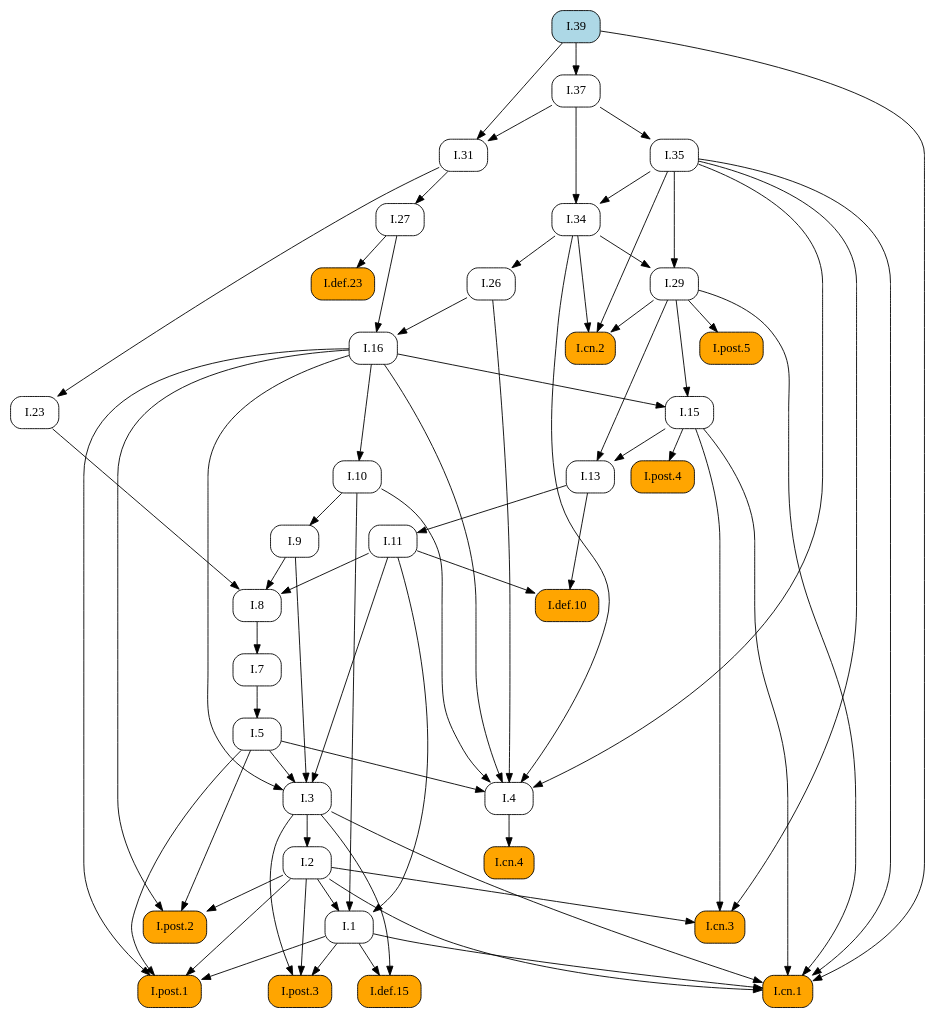
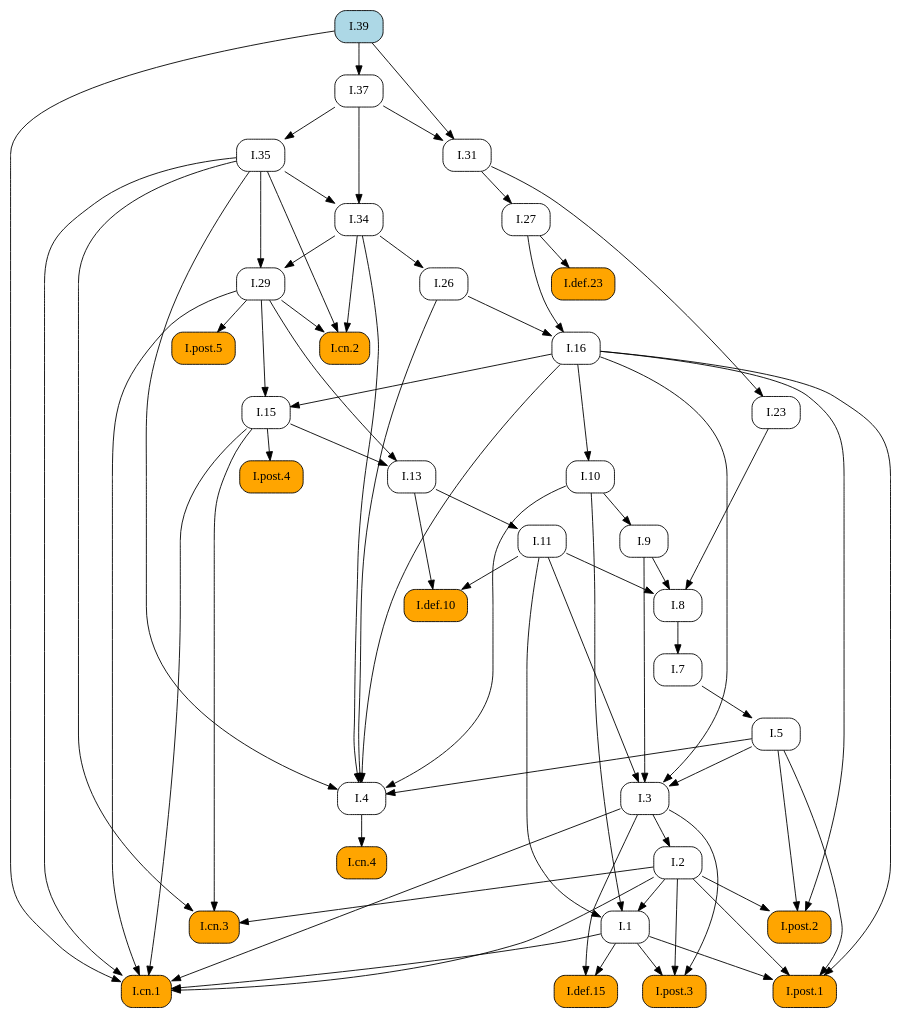
The diagram in docsrc/elements2/I/39/index.rst (geometor/elements), drawn with Graphviz before and after one commit. The commit also changed other lines of this file and 409 other files, not shown here.

First line of the commit message:
feat: Add image cropping and graphic extraction script

```diff
--- a/docsrc/elements2/I/39/index.rst
+++ b/docsrc/elements2/I/39/index.rst
@@ -66,77 +66,50 @@
    digraph {
      rankdir="TB";
      node [shape=box, style=rounded];
+     "I.37" [URL="/elements2/I/37/", target="_top"];
+     "I.31" [URL="/elements2/I/31/", target="_top"];
      "I.8" [URL="/elements2/I/8/", target="_top"];
+     "I.15" [URL="/elements2/I/15/", target="_top"];
+     "I.5" [URL="/elements2/I/5/", target="_top"];
+     "I.26" [URL="/elements2/I/26/", target="_top"];
+     "I.cn.1" [style="rounded,filled", fillcolor=orange, URL="/elements2/I/cn.1/", target="_top"];
+     "I.7" [URL="/elements2/I/7/", target="_top"];
+     "I.23" [URL="/elements2/I/23/", target="_top"];
+     "I.16" [URL="/elements2/I/16/", target="_top"];
+     "I.35" [URL="/elements2/I/35/", target="_top"];
+     "I.34" [URL="/elements2/I/34/", target="_top"];
+     "I.def.15" [style="rounded,filled", fillcolor=orange, URL="/elements2/I/def.15/", target="_top"];
+     "I.post.4" [style="rounded,filled", fillcolor=orange, URL="/elements2/I/post.4/", target="_top"];
+     "I.def.23" [style="rounded,filled", fillcolor=orange, URL="/elements2/I/def.23/", target="_top"];
+     "I.11" [URL="/elements2/I/11/", target="_top"];
+     "I.def.10" [style="rounded,filled", fillcolor=orange, URL="/elements2/I/def.10/", target="_top"];
+     "I.post.5" [style="rounded,filled", fillcolor=orange, URL="/elements2/I/post.5/", target="_top"];
+     "I.3" [URL="/elements2/I/3/", target="_top"];
+     "I.10" [URL="/elements2/I/10/", target="_top"];
+     "I.cn.3" [style="rounded,filled", fillcolor=orange, URL="/elements2/I/cn.3/", target="_top"];
+     "I.13" [URL="/elements2/I/13/", target="_top"];
+     "I.4" [URL="/elements2/I/4/", target="_top"];
+     "I.post.3" [style="rounded,filled", fillcolor=orange, URL="/elements2/I/post.3/", target="_top"];
+     "I.9" [URL="/elements2/I/9/", target="_top"];
+     "I.29" [URL="/elements2/I/29/", target="_top"];
+     "I.39" [style="rounded,filled", fillcolor=lightblue, URL="/elements2/I/39/", target="_top"];
      "I.post.1" [style="rounded,filled", fillcolor=orange, URL="/elements2/I/post.1/", target="_top"];
-     "I.5" [URL="/elements2/I/5/", target="_top"];
-     "I.post.5" [style="rounded,filled", fillcolor=orange, URL="/elements2/I/post.5/", target="_top"];
-     "I.def.10" [style="rounded,filled", fillcolor=orange, URL="/elements2/I/def.10/", target="_top"];
-     "I.cn.2" [style="rounded,filled", fillcolor=orange, URL="/elements2/I/cn.2/", target="_top"];
-     "I.def.15" [style="rounded,filled", fillcolor=orange, URL="/elements2/I/def.15/", target="_top"];
-     "I.31" [URL="/elements2/I/31/", target="_top"];
-     "I.11" [URL="/elements2/I/11/", target="_top"];
-     "I.3" [URL="/elements2/I/3/", target="_top"];
-     "I.def.23" [style="rounded,filled", fillcolor=orange, URL="/elements2/I/def.23/", target="_top"];
-     "I.post.2" [style="rounded,filled", fillcolor=orange, URL="/elements2/I/post.2/", target="_top"];
-     "I.26" [URL="/elements2/I/26/", target="_top"];
-     "I.cn.3" [style="rounded,filled", fillcolor=orange, URL="/elements2/I/cn.3/", target="_top"];
-     "I.cn.4" [style="rounded,filled", fillcolor=orange, URL="/elements2/I/cn.4/", target="_top"];
-     "I.1" [URL="/elements2/I/1/", target="_top"];
-     "I.7" [URL="/elements2/I/7/", target="_top"];
-     "I.9" [URL="/elements2/I/9/", target="_top"];
-     "I.cn.1" [style="rounded,filled", fillcolor=orange, URL="/elements2/I/cn.1/", target="_top"];
-     "I.29" [URL="/elements2/I/29/", target="_top"];
-     "I.16" [URL="/elements2/I/16/", target="_top"];
-     "I.post.4" [style="rounded,filled", fillcolor=orange, URL="/elements2/I/post.4/", target="_top"];
-     "I.13" [URL="/elements2/I/13/", target="_top"];
-     "I.35" [URL="/elements2/I/35/", target="_top"];
      "I.2" [URL="/elements2/I/2/", target="_top"];
      "I.27" [URL="/elements2/I/27/", target="_top"];
-     "I.37" [URL="/elements2/I/37/", target="_top"];
-     "I.4" [URL="/elements2/I/4/", target="_top"];
-     "I.10" [URL="/elements2/I/10/", target="_top"];
-     "I.39" [style="rounded,filled", fillcolor=lightblue, URL="/elements2/I/39/", target="_top"];
-     "I.15" [URL="/elements2/I/15/", target="_top"];
-     "I.34" [URL="/elements2/I/34/", target="_top"];
-     "I.23" [URL="/elements2/I/23/", target="_top"];
-     "I.post.3" [style="rounded,filled", fillcolor=orange, URL="/elements2/I/post.3/", target="_top"];
+     "I.cn.4" [style="rounded,filled", fillcolor=orange, URL="/elements2/I/cn.4/", target="_top"];
+     "I.cn.2" [style="rounded,filled", fillcolor=orange, URL="/elements2/I/cn.2/", target="_top"];
+     "I.1" [URL="/elements2/I/1/", target="_top"];
+     "I.post.2" [style="rounded,filled", fillcolor=orange, URL="/elements2/I/post.2/", target="_top"];
+     "I.39" -> "I.37";
+     "I.37" -> "I.31";
+     "I.39" -> "I.31";
      "I.9" -> "I.8";
      "I.11" -> "I.8";
      "I.23" -> "I.8";
-     "I.1" -> "I.post.1";
-     "I.2" -> "I.post.1";
-     "I.5" -> "I.post.1";
-     "I.16" -> "I.post.1";
+     "I.16" -> "I.15";
+     "I.29" -> "I.15";
      "I.7" -> "I.5";
-     "I.29" -> "I.post.5";
-     "I.11" -> "I.def.10";
-     "I.13" -> "I.def.10";
-     "I.29" -> "I.cn.2";
-     "I.34" -> "I.cn.2";
-     "I.35" -> "I.cn.2";
-     "I.1" -> "I.def.15";
-     "I.3" -> "I.def.15";
-     "I.37" -> "I.31";
-     "I.39" -> "I.31";
-     "I.13" -> "I.11";
-     "I.5" -> "I.3";
-     "I.9" -> "I.3";
-     "I.11" -> "I.3";
-     "I.16" -> "I.3";
-     "I.27" -> "I.def.23";
-     "I.2" -> "I.post.2";
-     "I.5" -> "I.post.2";
-     "I.16" -> "I.post.2";
      "I.34" -> "I.26";
-     "I.2" -> "I.cn.3";
-     "I.15" -> "I.cn.3";
-     "I.35" -> "I.cn.3";
-     "I.4" -> "I.cn.4";
-     "I.2" -> "I.1";
-     "I.10" -> "I.1";
-     "I.11" -> "I.1";
-     "I.8" -> "I.7";
-     "I.10" -> "I.9";
      "I.1" -> "I.cn.1";
      "I.2" -> "I.cn.1";
      "I.3" -> "I.cn.1";
@@ -144,30 +117,57 @@
      "I.29" -> "I.cn.1";
      "I.35" -> "I.cn.1";
      "I.39" -> "I.cn.1";
-     "I.34" -> "I.29";
-     "I.35" -> "I.29";
+     "I.8" -> "I.7";
+     "I.31" -> "I.23";
      "I.26" -> "I.16";
      "I.27" -> "I.16";
+     "I.37" -> "I.35";
+     "I.35" -> "I.34";
+     "I.37" -> "I.34";
+     "I.1" -> "I.def.15";
+     "I.3" -> "I.def.15";
      "I.15" -> "I.post.4";
+     "I.27" -> "I.def.23";
+     "I.13" -> "I.11";
+     "I.11" -> "I.def.10";
+     "I.13" -> "I.def.10";
+     "I.29" -> "I.post.5";
+     "I.5" -> "I.3";
+     "I.9" -> "I.3";
+     "I.11" -> "I.3";
+     "I.16" -> "I.3";
+     "I.16" -> "I.10";
+     "I.2" -> "I.cn.3";
+     "I.15" -> "I.cn.3";
+     "I.35" -> "I.cn.3";
      "I.15" -> "I.13";
      "I.29" -> "I.13";
-     "I.37" -> "I.35";
-     "I.3" -> "I.2";
-     "I.31" -> "I.27";
-     "I.39" -> "I.37";
      "I.5" -> "I.4";
      "I.10" -> "I.4";
      "I.16" -> "I.4";
      "I.26" -> "I.4";
      "I.34" -> "I.4";
      "I.35" -> "I.4";
-     "I.16" -> "I.10";
-     "I.16" -> "I.15";
-     "I.29" -> "I.15";
-     "I.35" -> "I.34";
-     "I.37" -> "I.34";
-     "I.31" -> "I.23";
      "I.1" -> "I.post.3";
      "I.2" -> "I.post.3";
      "I.3" -> "I.post.3";
+     "I.10" -> "I.9";
+     "I.34" -> "I.29";
+     "I.35" -> "I.29";
+     "I.1" -> "I.post.1";
+     "I.2" -> "I.post.1";
+     "I.5" -> "I.post.1";
+     "I.16" -> "I.post.1";
+     "I.3" -> "I.2";
+     "I.31" -> "I.27";
+     "I.4" -> "I.cn.4";
+     "I.29" -> "I.cn.2";
+     "I.34" -> "I.cn.2";
+     "I.35" -> "I.cn.2";
+     "I.2" -> "I.1";
+     "I.10" -> "I.1";
+     "I.11" -> "I.1";
+     "I.2" -> "I.post.2";
+     "I.5" -> "I.post.2";
+     "I.16" -> "I.post.2";
    }
```
